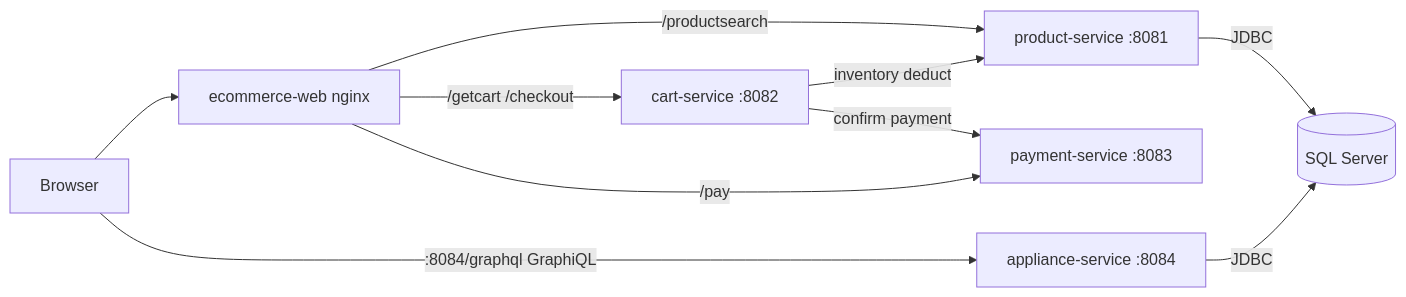
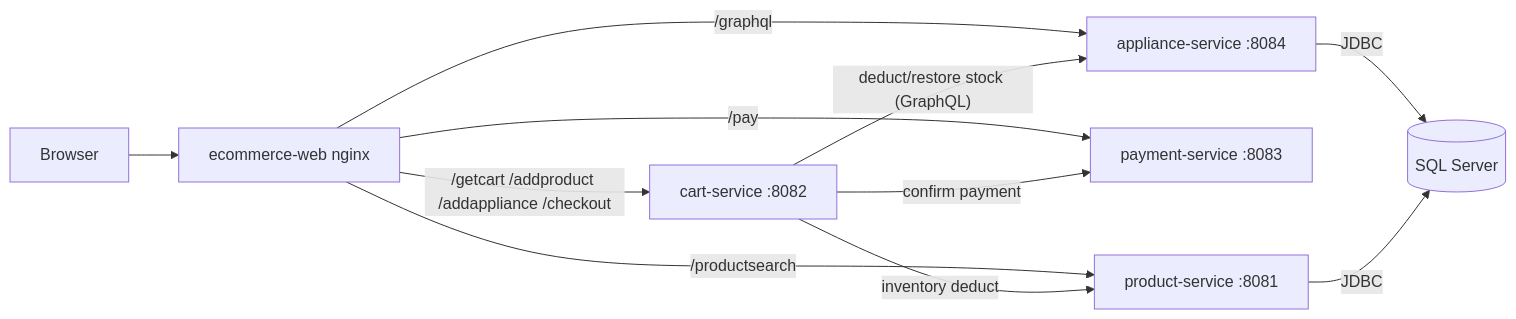
One commit to ledeolivcisco/demo-apps-retail changed the diagram in README.md. Above: the diagram before and after it, drawn with Mermaid. The commit also changed other lines of this file and 31 other files, not shown here.

First line of the commit message:
Add Appliances shopping section with unified cart and checkout.

````diff
--- a/README.md
+++ b/README.md
@@ -21,12 +21,13 @@
 ```mermaid
 flowchart LR
   Browser --> Web[ecommerce-web nginx]
   Web -->|"/productsearch"| Product[product-service :8081]
-  Web -->|"/getcart /checkout"| Cart[cart-service :8082]
+  Web -->|"/getcart /addproduct /addappliance /checkout"| Cart[cart-service :8082]
   Web -->|"/pay"| Payment[payment-service :8083]
-  Browser -->|":8084/graphql GraphiQL"| Appliance[appliance-service :8084]
+  Web -->|"/graphql"| Appliance[appliance-service :8084]
   Cart -->|inventory deduct| Product
+  Cart -->|"deduct/restore stock (GraphQL)"| Appliance
   Cart -->|confirm payment| Payment
   Appliance -->|JDBC| DB[(SQL Server)]
   Product -->|JDBC| DB
 ```
````
